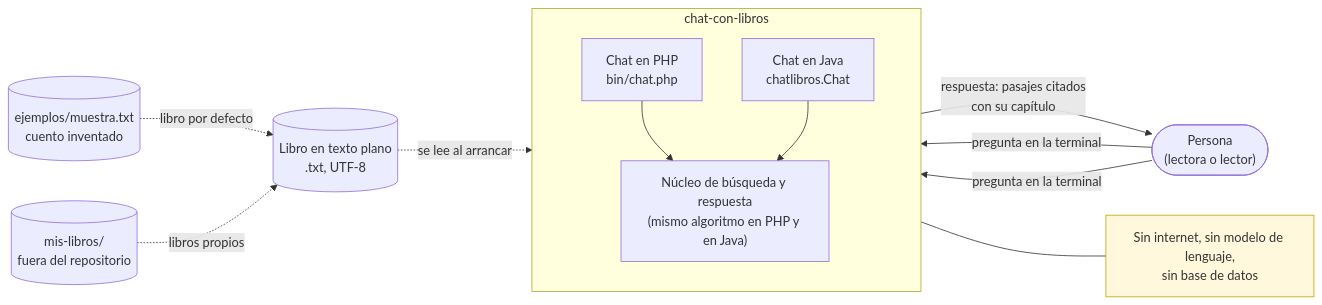
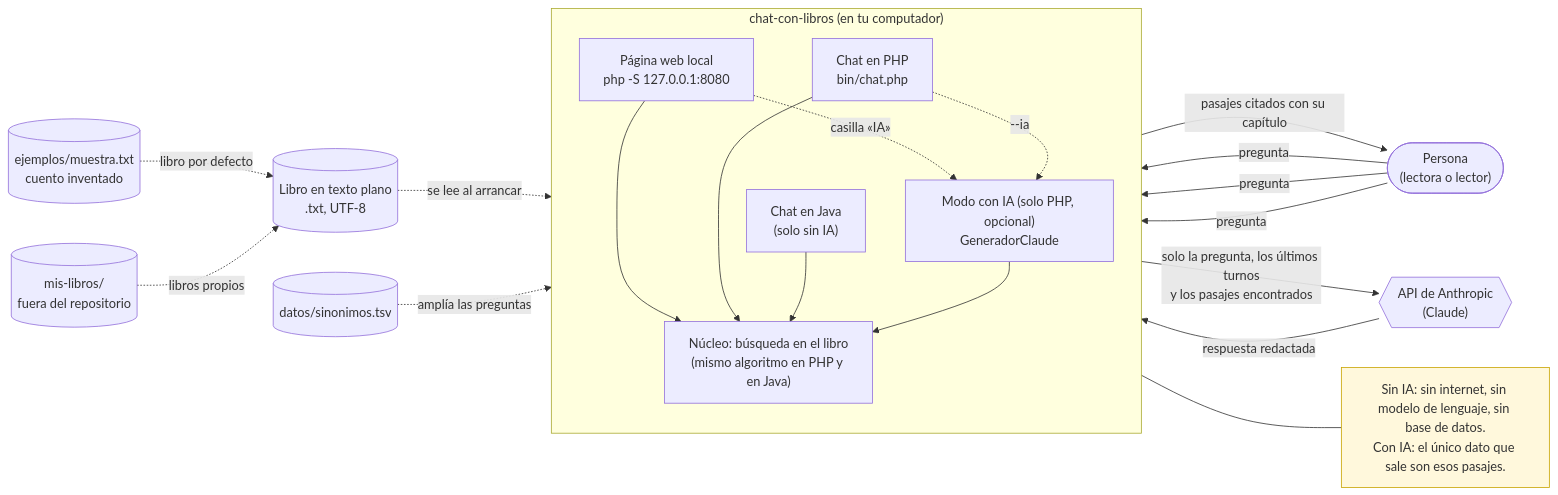
One commit to lol-protocol/php changed the diagram in chat-con-libros/docs/contexto.mmd. Above: the diagram before and after it, drawn with Mermaid. The commit also changed 34 other files, not shown here.

First line of the commit message:
chat-con-libros: página web, sinónimos y modo opcional con IA (Claude)

```diff
--- a/chat-con-libros/docs/contexto.mmd
+++ b/chat-con-libros/docs/contexto.mmd
@@ -1,28 +1,40 @@
 %% Contexto del sistema: quién lo usa y con qué datos trabaja.
 flowchart LR
     persona(["Persona<br/>(lectora o lector)"])
 
-    subgraph sistema["chat-con-libros"]
+    subgraph sistema["chat-con-libros (en tu computador)"]
         direction TB
+        web["Página web local<br/>php -S 127.0.0.1:8080"]
         php["Chat en PHP<br/>bin/chat.php"]
-        java["Chat en Java<br/>chatlibros.Chat"]
-        nucleo["Núcleo de búsqueda y respuesta<br/>(mismo algoritmo en PHP y en Java)"]
+        java["Chat en Java<br/>(solo sin IA)"]
+        nucleo["Núcleo: búsqueda en el libro<br/>(mismo algoritmo en PHP y en Java)"]
+        ia["Modo con IA (solo PHP, opcional)<br/>GeneradorClaude"]
+        web --> nucleo
         php --> nucleo
         java --> nucleo
+        web -. "casilla «IA»" .-> ia
+        php -. "--ia" .-> ia
+        ia --> nucleo
     end
 
     libro[("Libro en texto plano<br/>.txt, UTF-8")]
     muestra[("ejemplos/muestra.txt<br/>cuento inventado")]
     personales[("mis-libros/<br/>fuera del repositorio")]
+    sin[("datos/sinonimos.tsv")]
+    anthropic{{"API de Anthropic<br/>(Claude)"}}
 
-    persona -- "pregunta en la terminal" --> php
-    persona -- "pregunta en la terminal" --> java
-    nucleo -- "respuesta: pasajes citados<br/>con su capítulo" --> persona
+    persona -- "pregunta" --> web
+    persona -- "pregunta" --> php
+    persona -- "pregunta" --> java
+    nucleo -- "pasajes citados con su capítulo" --> persona
     libro -. "se lee al arrancar" .-> nucleo
     muestra -. "libro por defecto" .-> libro
     personales -. "libros propios" .-> libro
+    sin -. "amplía las preguntas" .-> nucleo
+    ia -- "solo la pregunta, los últimos turnos<br/>y los pasajes encontrados" --> anthropic
+    anthropic -- "respuesta redactada" --> ia
 
-    sin["Sin internet, sin modelo de lenguaje,<br/>sin base de datos"]:::nota
-    sistema --- sin
+    nota["Sin IA: sin internet, sin modelo de lenguaje, sin base de datos.<br/>Con IA: el único dato que sale son esos pasajes."]:::nota
+    sistema --- nota
 
     classDef nota fill:#fff8dc,stroke:#c9a400,color:#333;
```
